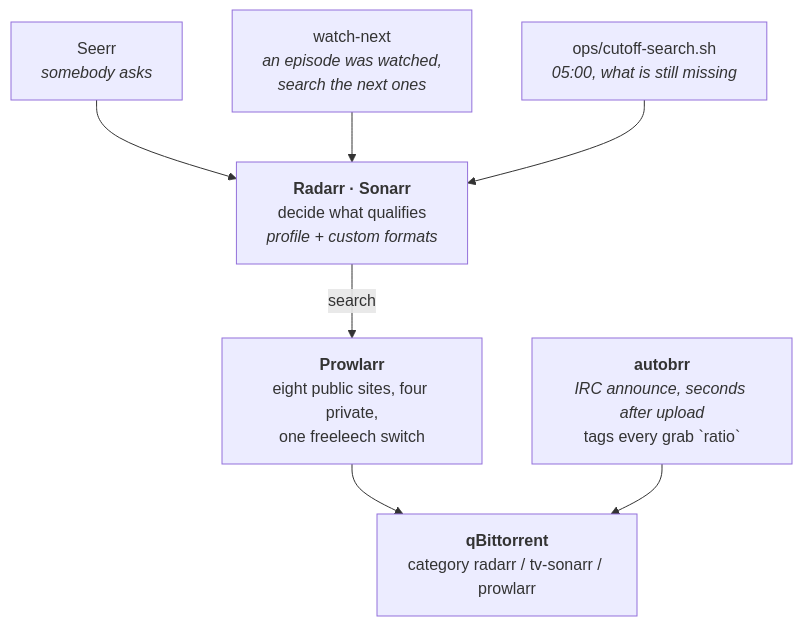
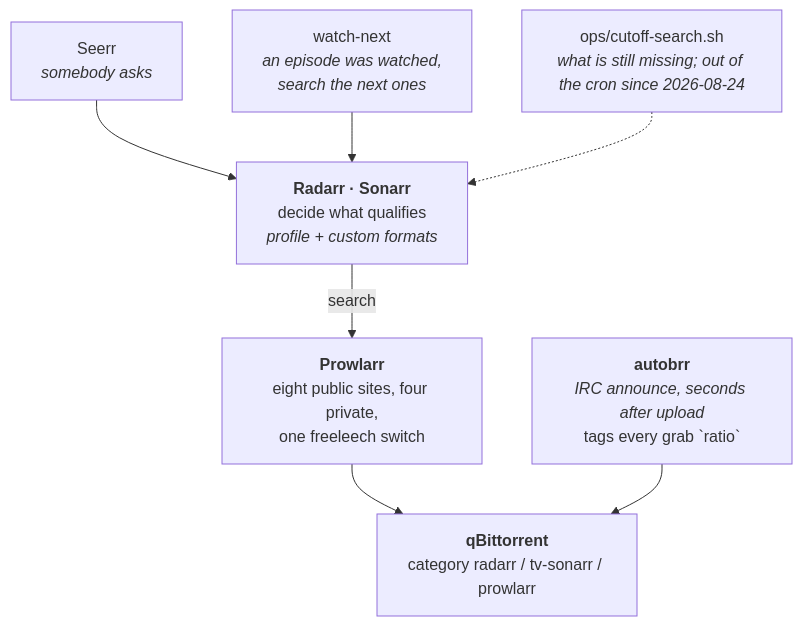
The first of 2 diagrams in docs/lifecycle.md (PlatanosVerdes/rpi-homeserver), drawn with Mermaid before and after one commit. The commit also changed other lines of this file and 22 other files, not shown here.

````diff
--- a/docs/lifecycle.md
+++ b/docs/lifecycle.md
@@ -15,10 +15,10 @@
 ```mermaid
 flowchart TB
   OV["Seerr<br/><i>somebody asks</i>"] --> ARR
   WN["watch-next<br/><i>an episode was watched,<br/>search the next ones</i>"] --> ARR
-  CO["ops/cutoff-search.sh<br/><i>05:00, what is still missing</i>"] --> ARR
+  CO["ops/cutoff-search.sh<br/><i>what is still missing; out of the cron since 2026-08-24</i>"] -.-> ARR
   ARR["<b>Radarr · Sonarr</b><br/>decide what qualifies<br/><i>profile + custom formats</i>"] -->|"search"| PW
   PW["<b>Prowlarr</b><br/>eight public sites, four private,<br/>one freeleech switch"] --> QB
   BRR["<b>autobrr</b><br/><i>IRC announce, seconds after upload</i><br/>tags every grab `ratio`"] --> QB
   QB["<b>qBittorrent</b><br/>category radarr / tv-sonarr / prowlarr"]
 ```
````
